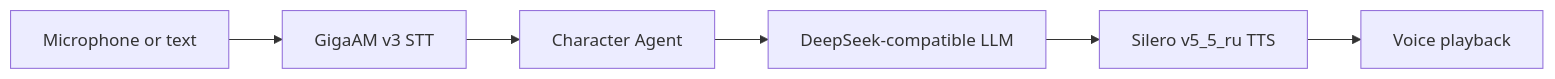
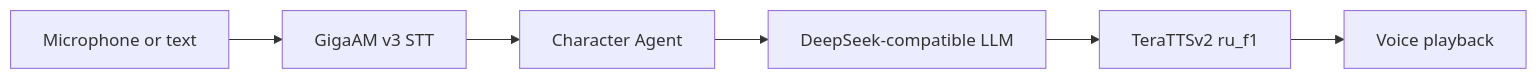
The first of 2 diagrams in README.md (bad1and/NeuroAsist), drawn with Mermaid before and after one commit. The commit also changed other lines of this file and 50 other files, not shown here.

First line of the commit message:
Заменил Silero TTS на TeraTTSv2

````diff
--- a/README.md
+++ b/README.md
@@ -63,8 +63,8 @@
 ```mermaid
 flowchart LR
     A[Microphone or text] --> B[GigaAM v3 STT]
     B --> C[Character Agent]
     C --> D[DeepSeek-compatible LLM]
-    D --> E[Silero v5_5_ru TTS]
+    D --> E[TeraTTSv2 ru_f1]
     E --> F[Voice playback]
 ```
````
